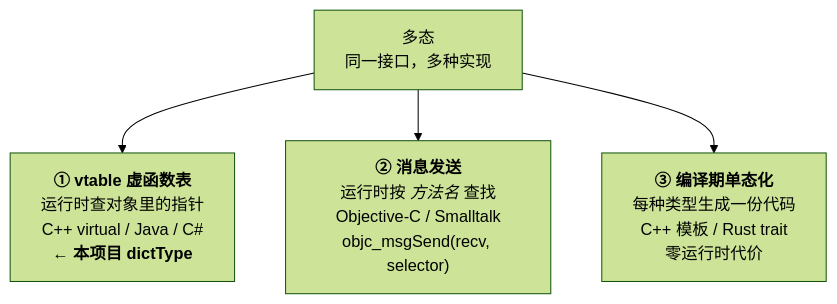
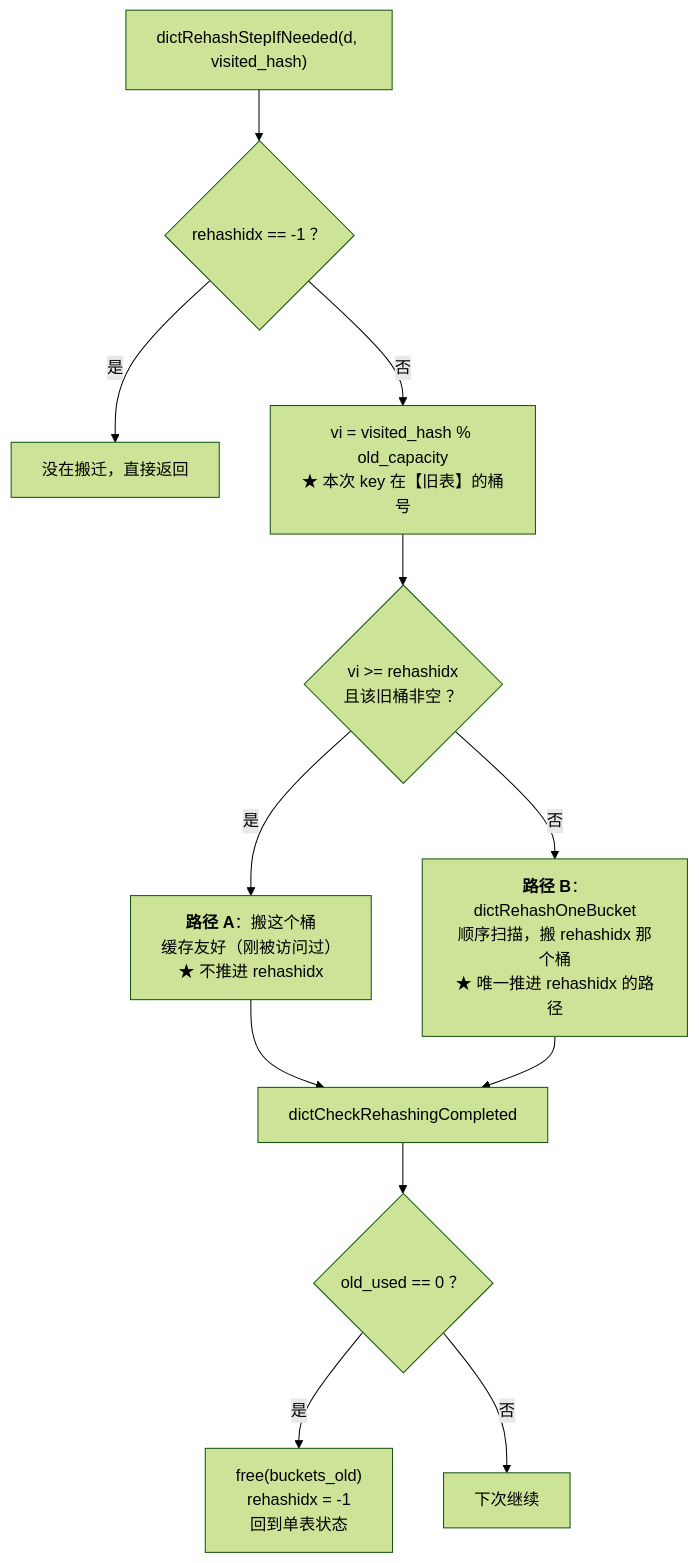
Before and after one commit to huangguodong234/mini-redis: the seventh of 8 diagrams in docs/字典设计.md, drawn with Mermaid (forest theme). The commit also changed other lines of this file and 8 other files, not shown here.

````diff
--- a/docs/字典设计.md
+++ b/docs/字典设计.md
@@ -243,7 +250,14 @@
 ```mermaid
 flowchart TB
-    P["多态<br/>同一接口，多种实现"]
-    P --> M1["<b>① vtable 虚函数表</b><br/>运行时查对象里的指针<br/>C++ virtual / Java / C#<br/>← <b>本项目 dictType</b>"]
-    P --> M2["<b>② 消息发送</b><br/>运行时按 <i>方法名</i> 查找<br/>Objective-C / Smalltalk<br/>objc_msgSend(recv, selector)"]
-    P --> M3["<b>③ 编译期单态化</b><br/>每种类型生成一份代码<br/>C++ 模板 / Rust trait<br/>零运行时代价"]
+    A["dictRehashStepIfNeeded(d, visited_hash)"] --> B{"rehashidx == -1 ？"}
+    B -->|"是"| Z["没在搬迁，直接返回"]
+    B -->|"否"| C["vi = visited_hash % old_capacity<br/>★ 本次 key 在【旧表】的桶号"]
+    C --> D{"vi >= rehashidx<br/>且该旧桶非空 ？"}
+    D -->|"是"| E["<b>路径 A</b>：搬这个桶<br/>缓存友好（刚被访问过）<br/>★ 不推进 rehashidx"]
+    D -->|"否"| F["<b>路径 B</b>：dictRehashOneBucket<br/>顺序扫描，搬 rehashidx 那个桶<br/>★ 唯一推进 rehashidx 的路径"]
+    E --> G["dictCheckRehashingCompleted"]
+    F --> G
+    G --> H{"old_used == 0 ？"}
+    H -->|"是"| I["free(buckets_old)<br/>rehashidx = -1<br/>回到单表状态"]
+    H -->|"否"| J["下次继续"]
 ```
````
